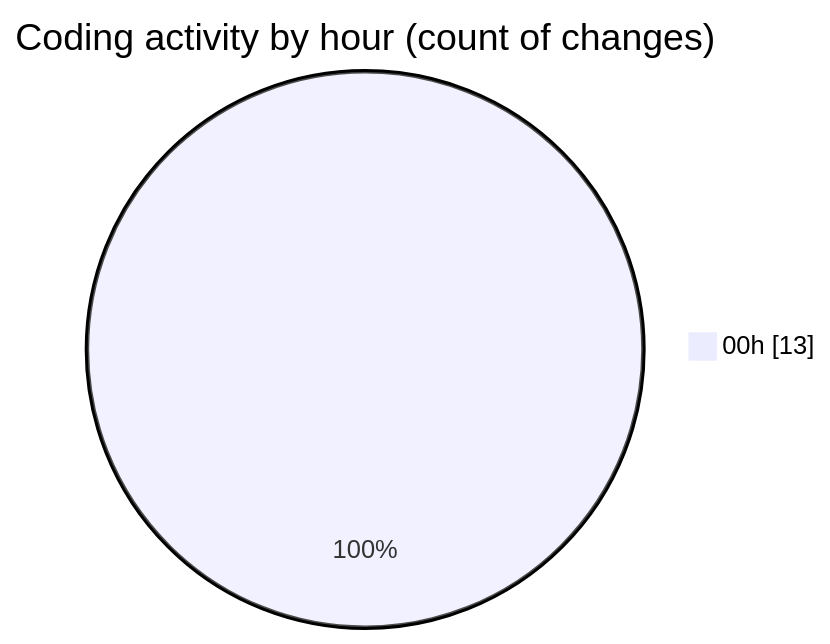
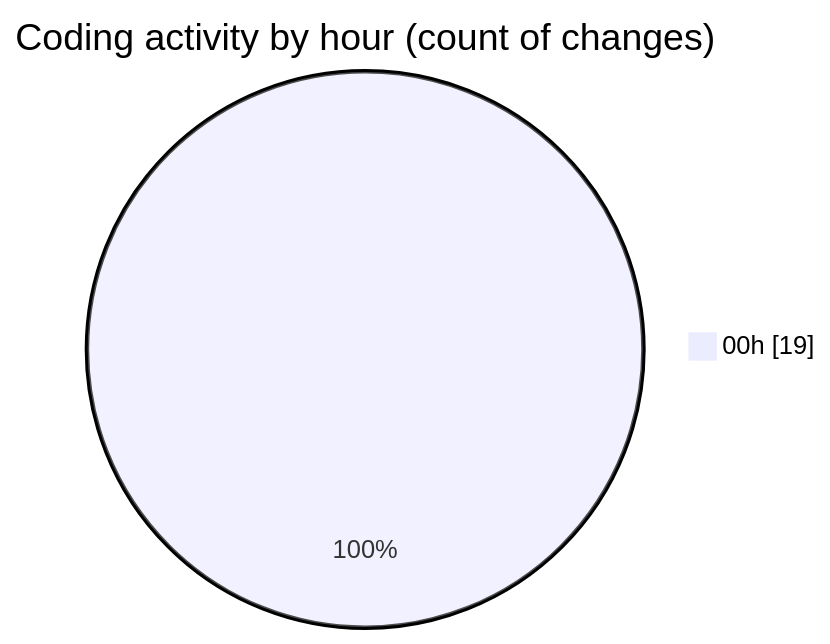
One commit to Elitesun/code-tracking changed the second of 2 diagrams in 2025-02-14/elitegpt/README.md. Above: the diagram before and after it, drawn with Mermaid. The commit also changed other lines of this file and 1 other file, not shown here.

````diff
--- a/2025-02-14/elitegpt/README.md
+++ b/2025-02-14/elitegpt/README.md
@@ -32,5 +32,5 @@
 ```mermaid
 pie showData
 title Coding activity by hour (count of changes)
-"00h" : 13
+"00h" : 19
 ```
````
